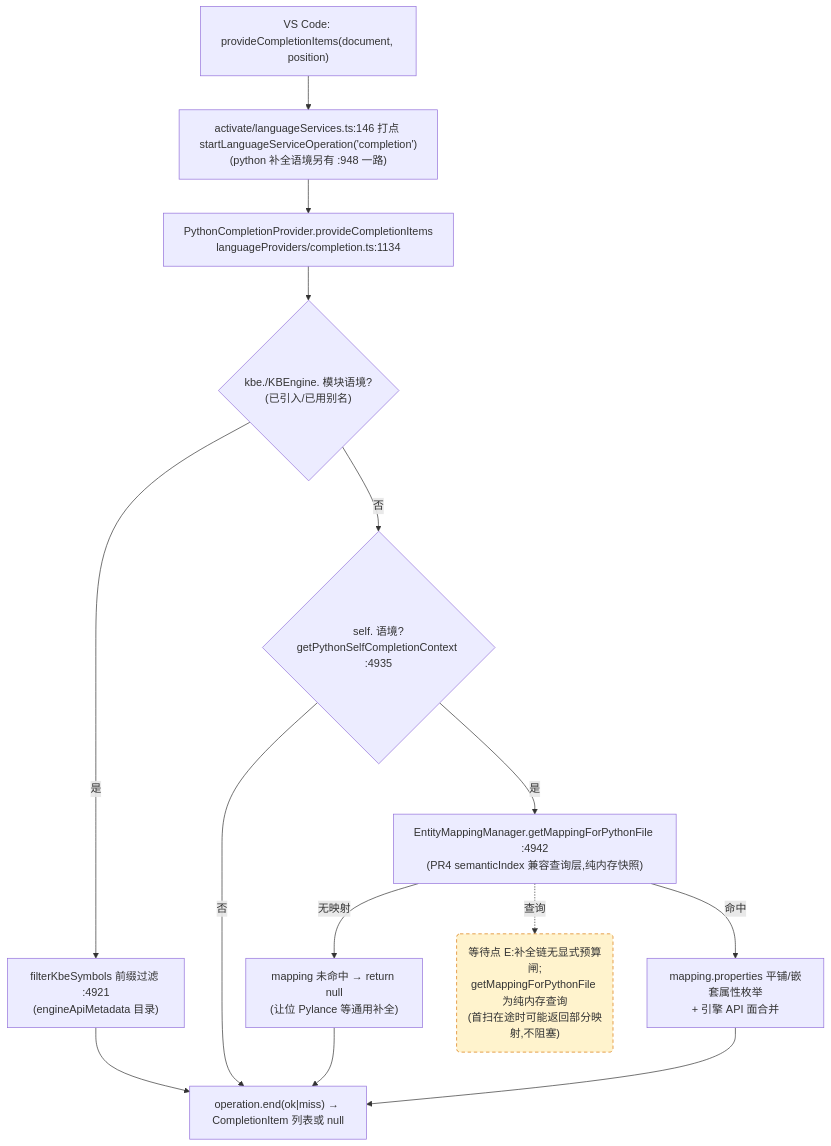
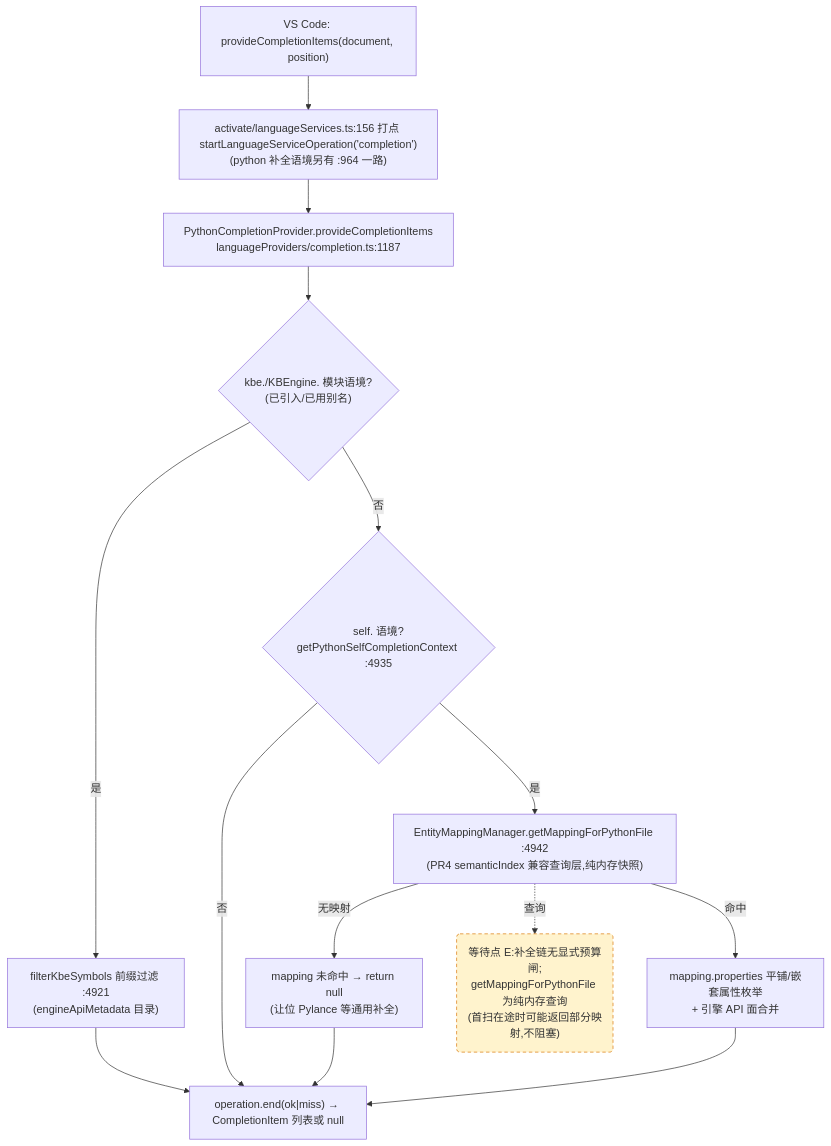
Before and after one commit to cuihairu/kode: the third of 4 diagrams in docs/perf/2026-baseline.md, drawn with Mermaid. The commit also changed other lines of this file and 6 other files, not shown here.

````diff
--- a/docs/perf/2026-baseline.md
+++ b/docs/perf/2026-baseline.md
@@ -214,27 +215,27 @@
 ```mermaid
 flowchart TD
   VC3["VS Code: provideCompletionItems(document, position)"]
-  M3["activate/languageServices.ts:146 打点 startLanguageServiceOperation('completion')<br/>(python 补全语境另有 :948 一路)"]
-  CP["PythonCompletionProvider.provideCompletionItems<br/>languageProviders/completion.ts:1134"]
+  M3["activate/languageServices.ts:156 打点 startLanguageServiceOperation('completion')<br/>(python 补全语境另有 :964 一路)"]
+  CP["PythonCompletionProvider.provideCompletionItems<br/>languageProviders/completion.ts:1187"]
   KBEC{"kbe./KBEngine. 模块语境?<br/>(已引入/已用别名)"}
   FILTER["filterKbeSymbols 前缀过滤 :4921<br/>(engineApiMetadata 目录)"]
   SELFC{"self. 语境?<br/>getPythonSelfCompletionContext :4935"}
   MAP["EntityMappingManager.getMappingForPythonFile :4942<br/>(PR4 semanticIndex 兼容查询层,纯内存快照)"]
   NOMAP["mapping 未命中 → return null<br/>(让位 Pylance 等通用补全)"]
   PROPS["mapping.properties 平铺/嵌套属性枚举<br/>+ 引擎 API 面合并"]
   END3["operation.end(ok|miss) → CompletionItem 列表或 null"]
 
   VC3 --> M3 --> CP --> KBEC
   KBEC -- "是" --> FILTER --> END3
   KBEC -- "否" --> SELFC
   SELFC -- "否" --> END3
   SELFC -- "是" --> MAP
   MAP -- "无映射" --> NOMAP --> END3
   MAP -- "命中" --> PROPS --> END3
 
   WAITE("等待点 E:补全链无显式预算闸;<br/>getMappingForPythonFile 为纯内存查询<br/>(首扫在途时可能返回部分映射,不阻塞)")
   MAP -.->|查询| WAITE
 
   classDef waitPoint fill:#fff3cd,stroke:#d97706,stroke-dasharray:5 4;
   class WAITE waitPoint;
 ```
````
